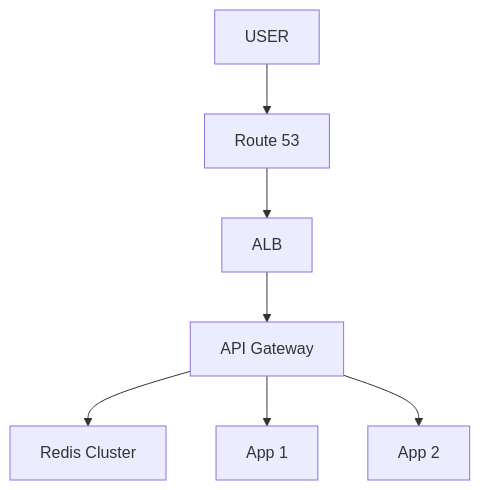
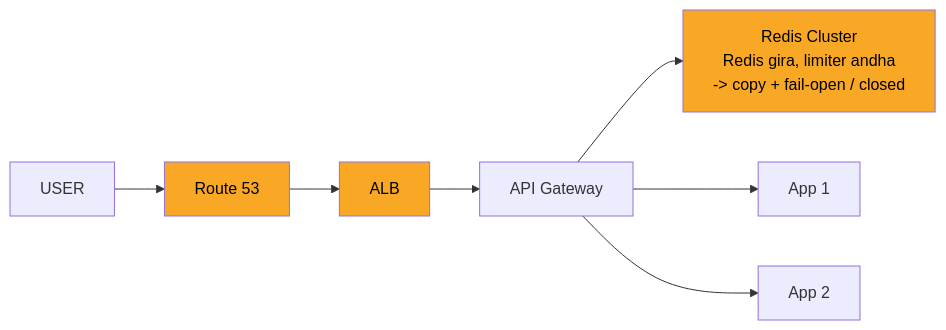
Before and after one commit to ArpanMaheshwari144/Prep: the fifth of 11 diagrams in 04_HLD/SYSTEM_DESIGNS/02_rate_limiter/02_rate_limiter.md, drawn with Mermaid. The commit also changed other lines of this file and 2 other files, not shown here.

Commit message:
url shortener, rate limiter, twitter: one-day story, short cards, follow-ups with rules, highlighted diagrams

````diff
--- a/04_HLD/SYSTEM_DESIGNS/02_rate_limiter/02_rate_limiter.md
+++ b/04_HLD/SYSTEM_DESIGNS/02_rate_limiter/02_rate_limiter.md
@@ -195,16 +219,19 @@
 ```mermaid
-flowchart TD
+flowchart LR
     n_USER["USER"]
     n_Route_53["Route 53"]
     n_ALB["ALB"]
     n_API_Gateway["API Gateway"]
-    n_Redis_Cluster["Redis Cluster"]
+    n_Redis_Cluster["Redis Cluster<br/>Redis gira, limiter andha<br/>-> copy + fail-open / closed"]
     n_App_x_N_1["App 1"]
     n_App_x_N_2["App 2"]
     n_USER --> n_Route_53
     n_Route_53 --> n_ALB
     n_ALB --> n_API_Gateway
     n_API_Gateway --> n_Redis_Cluster
     n_API_Gateway --> n_App_x_N_1
     n_API_Gateway --> n_App_x_N_2
+    style n_Redis_Cluster fill:#f9a825,color:#000
+    style n_Route_53 fill:#f9a825,color:#000
+    style n_ALB fill:#f9a825,color:#000
 ```
````
